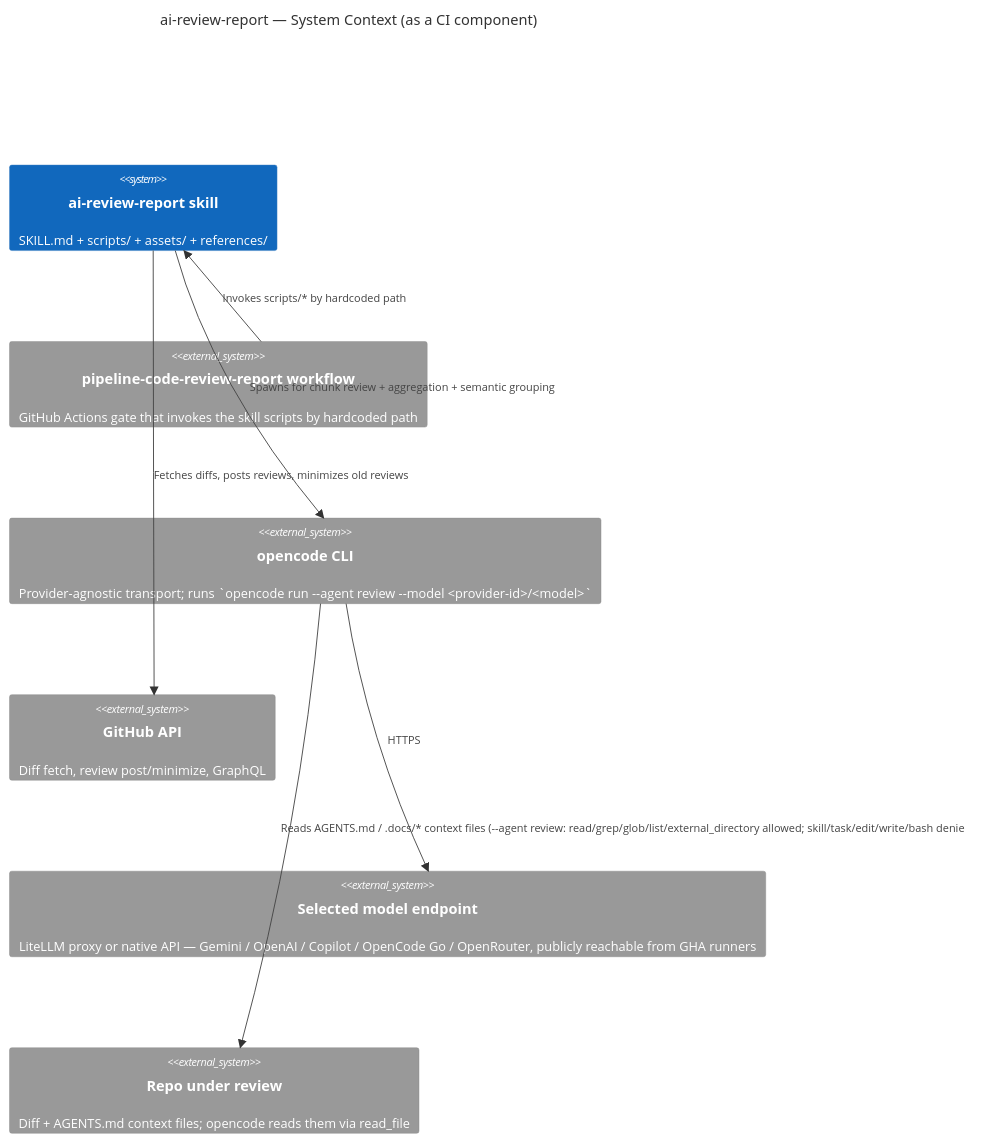
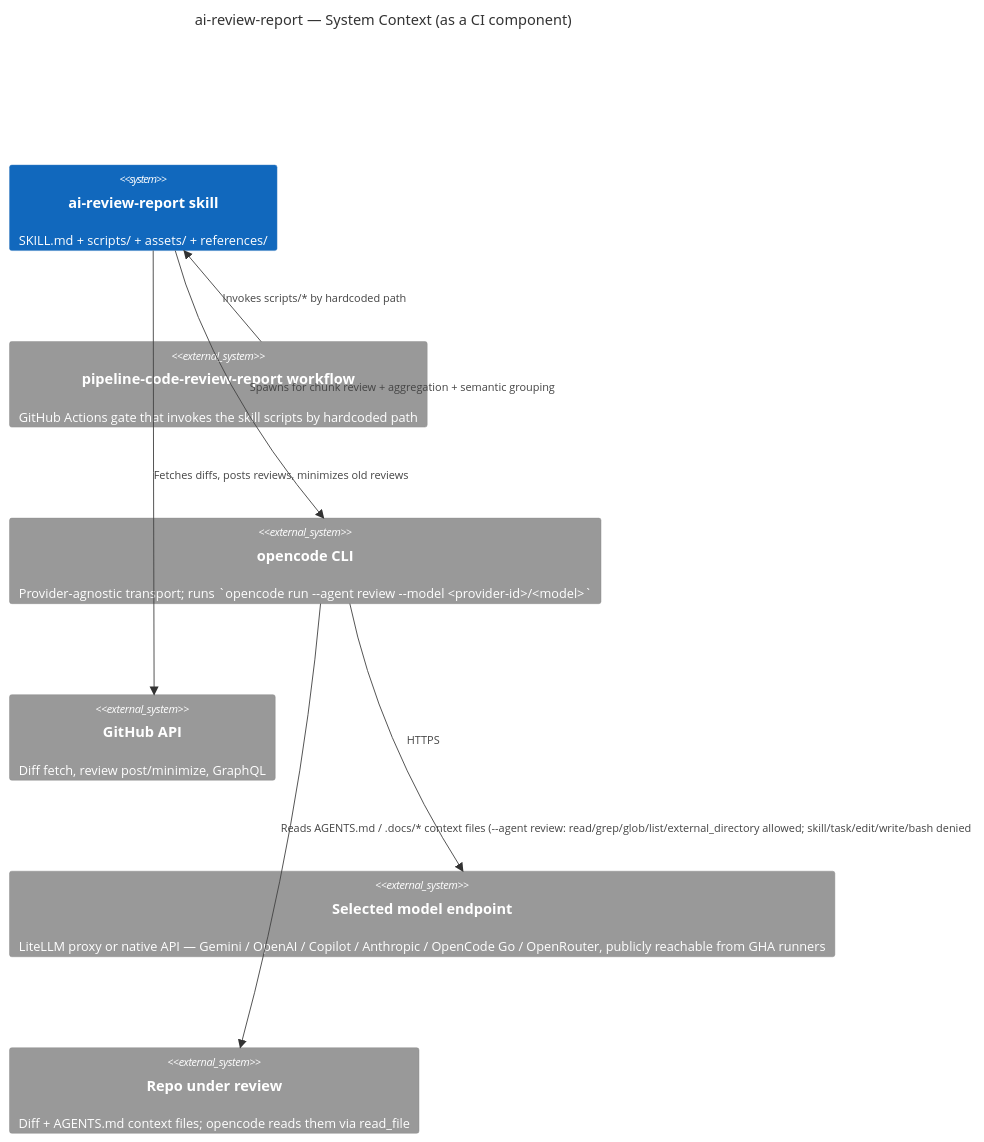
Before and after one commit to generic-automation-and-it/smooth-ai-report-review: the diagram in .agents/skills/ai-review-report/AGENTS.md, drawn with Mermaid. The commit also changed other lines of this file and 7 other files, not shown here.

````diff
--- a/.agents/skills/ai-review-report/AGENTS.md
+++ b/.agents/skills/ai-review-report/AGENTS.md
@@ -28,17 +28,17 @@
 ```mermaid
 C4Context
     title ai-review-report — System Context (as a CI component)
 
     System(skill, "ai-review-report skill", "SKILL.md + scripts/ + assets/ + references/")
     System_Ext(workflow, "pipeline-code-review-report workflow", "GitHub Actions gate that invokes the skill scripts by hardcoded path")
     System_Ext(opencode, "opencode CLI", "Provider-agnostic transport; runs `opencode run --agent review --model <provider-id>/<model>`")
     System_Ext(github, "GitHub API", "Diff fetch, review post/minimize, GraphQL")
-    System_Ext(provider, "Selected model endpoint", "LiteLLM proxy or native API — Gemini / OpenAI / Copilot / OpenCode Go / OpenRouter, publicly reachable from GHA runners")
+    System_Ext(provider, "Selected model endpoint", "LiteLLM proxy or native API — Gemini / OpenAI / Copilot / Anthropic / OpenCode Go / OpenRouter, publicly reachable from GHA runners")
     System_Ext(reporeview, "Repo under review", "Diff + AGENTS.md context files; opencode reads them via read_file")
 
     Rel(workflow, skill, "Invokes scripts/* by hardcoded path")
     Rel(skill, opencode, "Spawns for chunk review + aggregation + semantic grouping")
     Rel(skill, github, "Fetches diffs, posts reviews, minimizes old reviews")
     Rel(opencode, provider, "HTTPS")
     Rel(opencode, reporeview, "Reads AGENTS.md / .docs/* context files (--agent review: read/grep/glob/list/external_directory allowed; skill/task/edit/write/bash denied)")
 ```
````
